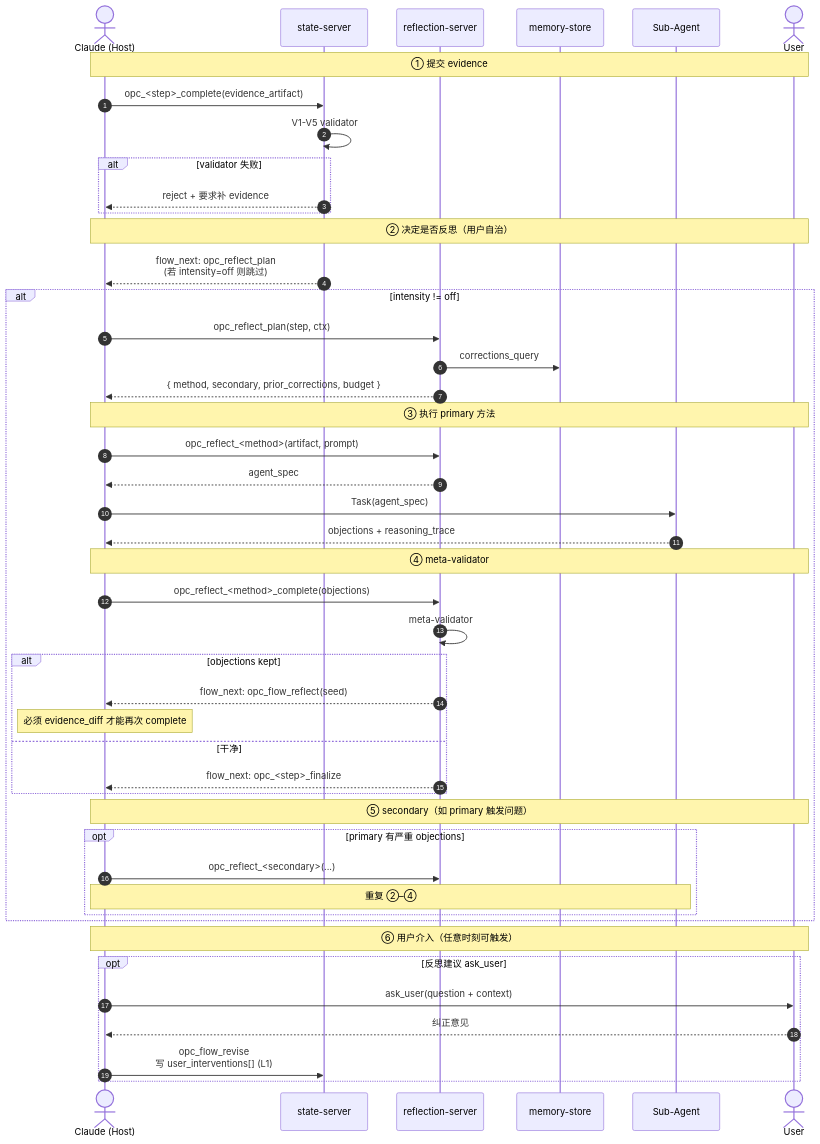
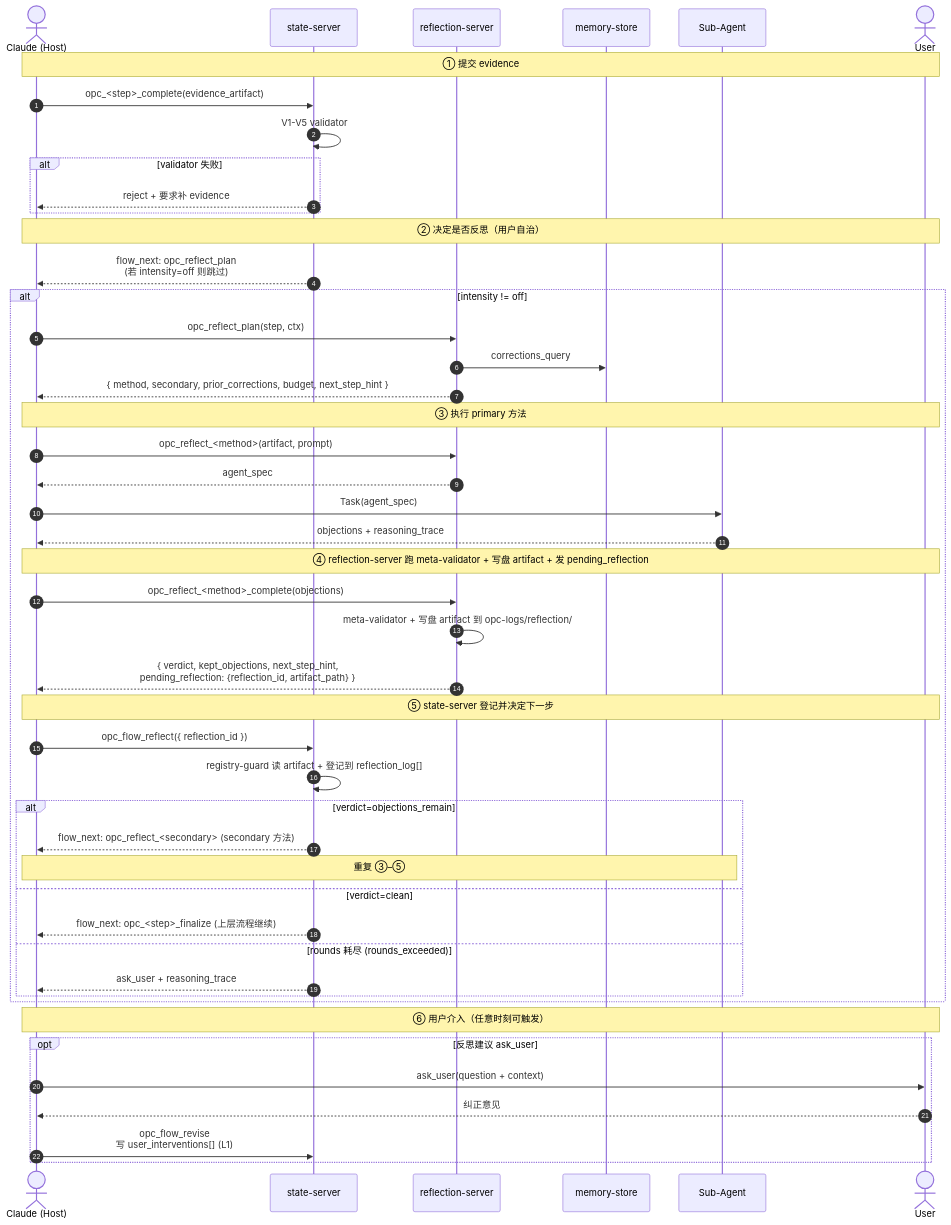
Before and after one commit to CaffeineOddity/opc-marketplace: the first of 3 diagrams in doc/feature/05-opc-reflection-server/04-reflection-flow/00_overview.md, drawn with Mermaid. The commit also changed other lines of this file and 46 other files, not shown here.

First line of the commit message:
docs: add reflection call-sequence contract + three-server seam matrix, align flow tools

````diff
--- a/doc/feature/05-opc-reflection-server/04-reflection-flow/00_overview.md
+++ b/doc/feature/05-opc-reflection-server/04-reflection-flow/00_overview.md
@@ -11,55 +13,56 @@
 ```mermaid
 sequenceDiagram
     autonumber
     actor C as Claude (Host)
     participant SS as state-server
     participant RS as reflection-server
     participant MS as memory-store
     participant A as Sub-Agent
     actor U as User
 
     Note over C,U: ① 提交 evidence
     C->>SS: opc_<step>_complete(evidence_artifact)
     SS->>SS: V1-V5 validator
     alt validator 失败
         SS-->>C: reject + 要求补 evidence
     end
 
     Note over C,U: ② 决定是否反思（用户自治）
     SS-->>C: flow_next: opc_reflect_plan<br/>(若 intensity=off 则跳过)
 
     alt intensity != off
         C->>RS: opc_reflect_plan(step, ctx)
         RS->>MS: corrections_query
-        RS-->>C: { method, secondary, prior_corrections, budget }
+        RS-->>C: { method, secondary, prior_corrections, budget, next_step_hint }
 
         Note over C,U: ③ 执行 primary 方法
         C->>RS: opc_reflect_<method>(artifact, prompt)
         RS-->>C: agent_spec
         C->>A: Task(agent_spec)
         A-->>C: objections + reasoning_trace
 
-        Note over C,U: ④ meta-validator
+        Note over C,U: ④ reflection-server 跑 meta-validator + 写盘 artifact + 发 pending_reflection
         C->>RS: opc_reflect_<method>_complete(objections)
-        RS->>RS: meta-validator
-        alt objections kept
-            RS-->>C: flow_next: opc_flow_reflect(seed)
-            Note over C: 必须 evidence_diff 才能再次 complete
-        else 干净
-            RS-->>C: flow_next: opc_<step>_finalize
-        end
+        RS->>RS: meta-validator + 写盘 artifact 到 opc-logs/reflection/
+        RS-->>C: { verdict, kept_objections, next_step_hint,<br/>pending_reflection: {reflection_id, artifact_path} }
 
-        Note over C,U: ⑤ secondary（如 primary 触发问题）
-        opt primary 有严重 objections
-            C->>RS: opc_reflect_<secondary>(...)
-            Note over C,A: 重复 ②–④
+        Note over C,U: ⑤ state-server 登记并决定下一步
+        C->>SS: opc_flow_reflect({ reflection_id })
+        SS->>SS: registry-guard 读 artifact + 登记到 reflection_log[]
+        alt verdict=objections_remain
+            SS-->>C: flow_next: opc_reflect_<secondary> (secondary 方法)
+            Note over C,A: 重复 ③–⑤
+        else verdict=clean
+            SS-->>C: flow_next: opc_<step>_finalize (上层流程继续)
+        else rounds 耗尽 (rounds_exceeded)
+            SS-->>C: ask_user + reasoning_trace
         end
     end
 
     Note over C,U: ⑥ 用户介入（任意时刻可触发）
     opt 反思建议 ask_user
         C->>U: ask_user(question + context)
         U-->>C: 纠正意见
         C->>SS: opc_flow_revise<br/>写 user_interventions[] (L1)
     end
 ```
````
